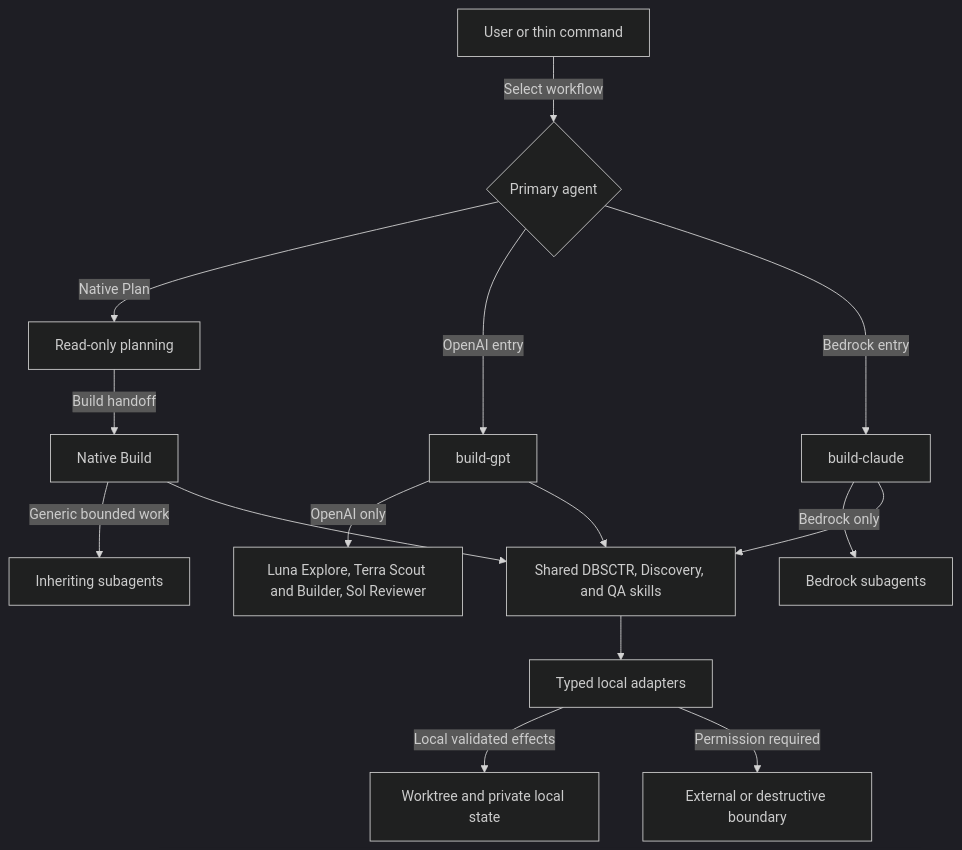
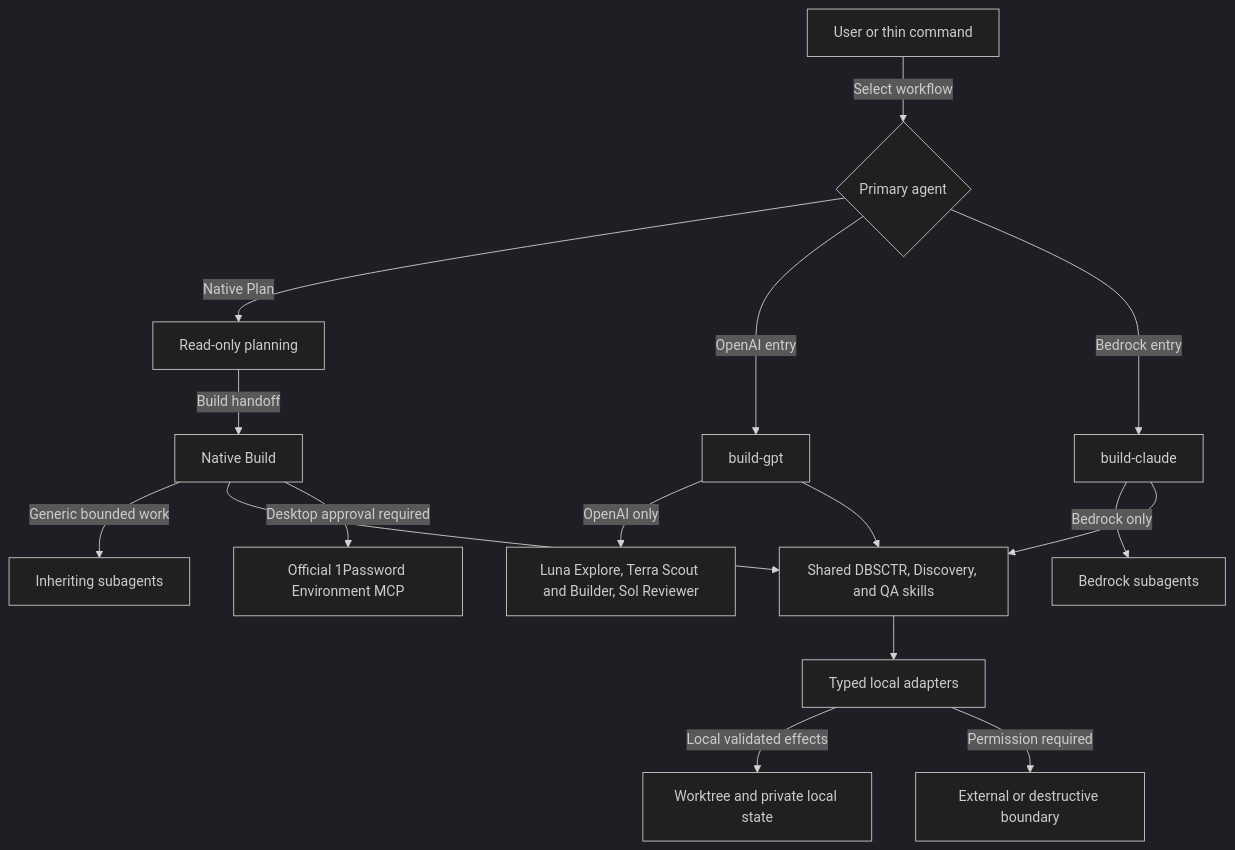
One commit to Saltiola7/dotfiles-ai changed the first of 2 diagrams in docs/specs/opencode_control_plane/README.md. Above: the diagram before and after it, drawn with Mermaid (dark theme). The commit also changed other lines of this file and 1 other file, not shown here.

Commit message:
docs(opencode): specify 1Password MCP

````diff
--- a/docs/specs/opencode_control_plane/README.md
+++ b/docs/specs/opencode_control_plane/README.md
@@ -102,19 +111,20 @@
 ```mermaid
 flowchart TD
     accTitle: OpenCode provider-affine control plane
-    accDescr: Thin commands select native or provider-affine primary agents. Plan remains read-only and hands approved scope to Build. OpenAI routes read-only Explore to Luna, Scout and Builder to Terra, and explicit review to Sol. Build may use only same-provider bounded subagents, loads shared lifecycle skills and typed adapters, and asks permission before external or destructive effects.
+    accDescr: Thin commands select native or provider-affine primary agents. Plan remains read-only and hands approved scope to Build. OpenAI routes read-only Explore to Luna, Scout and Builder to Terra, and explicit review to Sol. Build may use only same-provider bounded subagents, loads shared lifecycle skills and typed adapters, and asks permission before external or destructive effects. Host OpenCode may connect to the official 1Password desktop MCP for approved Environment operations without receiving secret values.
     U[User or thin command] -->|Select workflow| P{Primary agent}
     P -->|Native Plan| N[Read-only planning]
     N -->|Build handoff| B[Native Build]
     P -->|OpenAI entry| G[build-gpt]
     P -->|Bedrock entry| C[build-claude]
     B -->|Generic bounded work| X[Inheriting subagents]
     G -->|OpenAI only| O[Luna Explore, Terra Scout and Builder, Sol Reviewer]
     C -->|Bedrock only| A[Bedrock subagents]
     B --> S[Shared DBSCTR, Discovery, and QA skills]
     G --> S
     C --> S
     S --> T[Typed local adapters]
     T -->|Local validated effects| W[Worktree and private local state]
     T -->|Permission required| E[External or destructive boundary]
+    B -->|Desktop approval required| M[Official 1Password Environment MCP]
 ```
````
